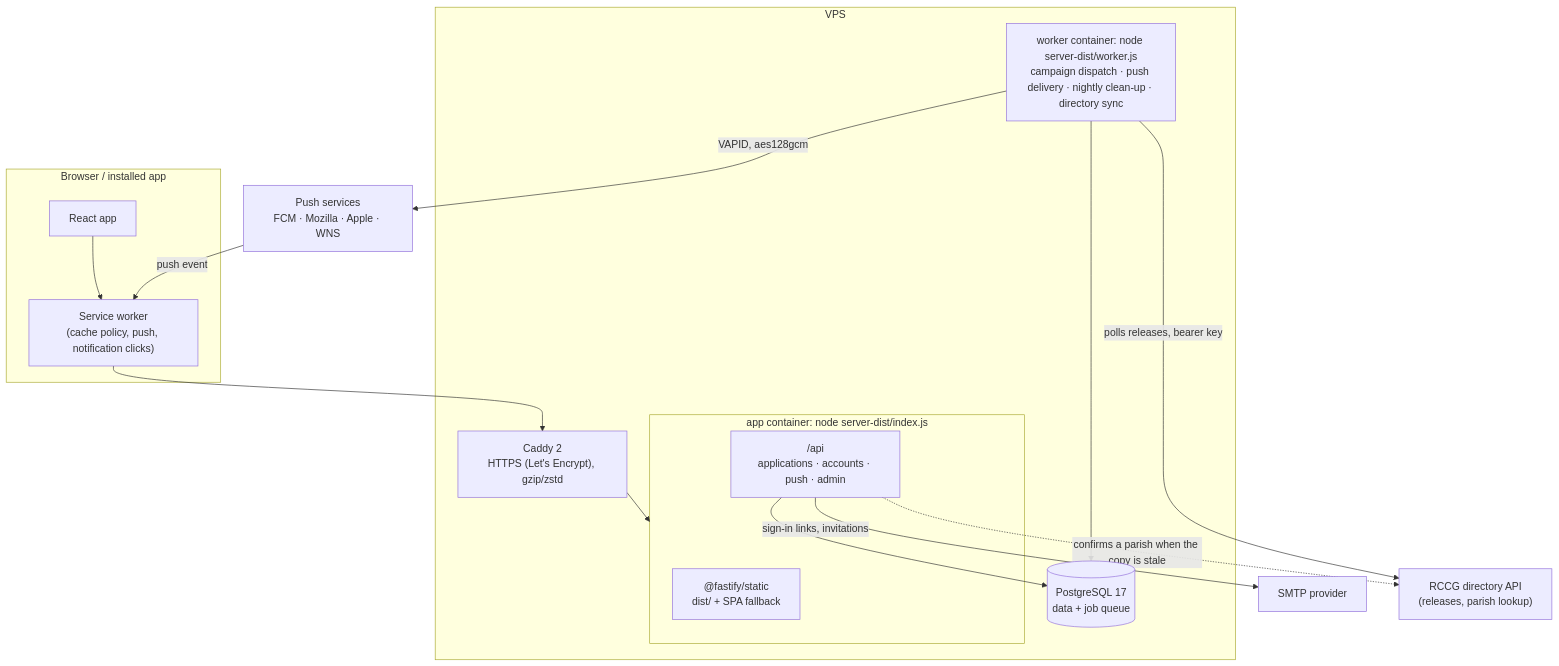
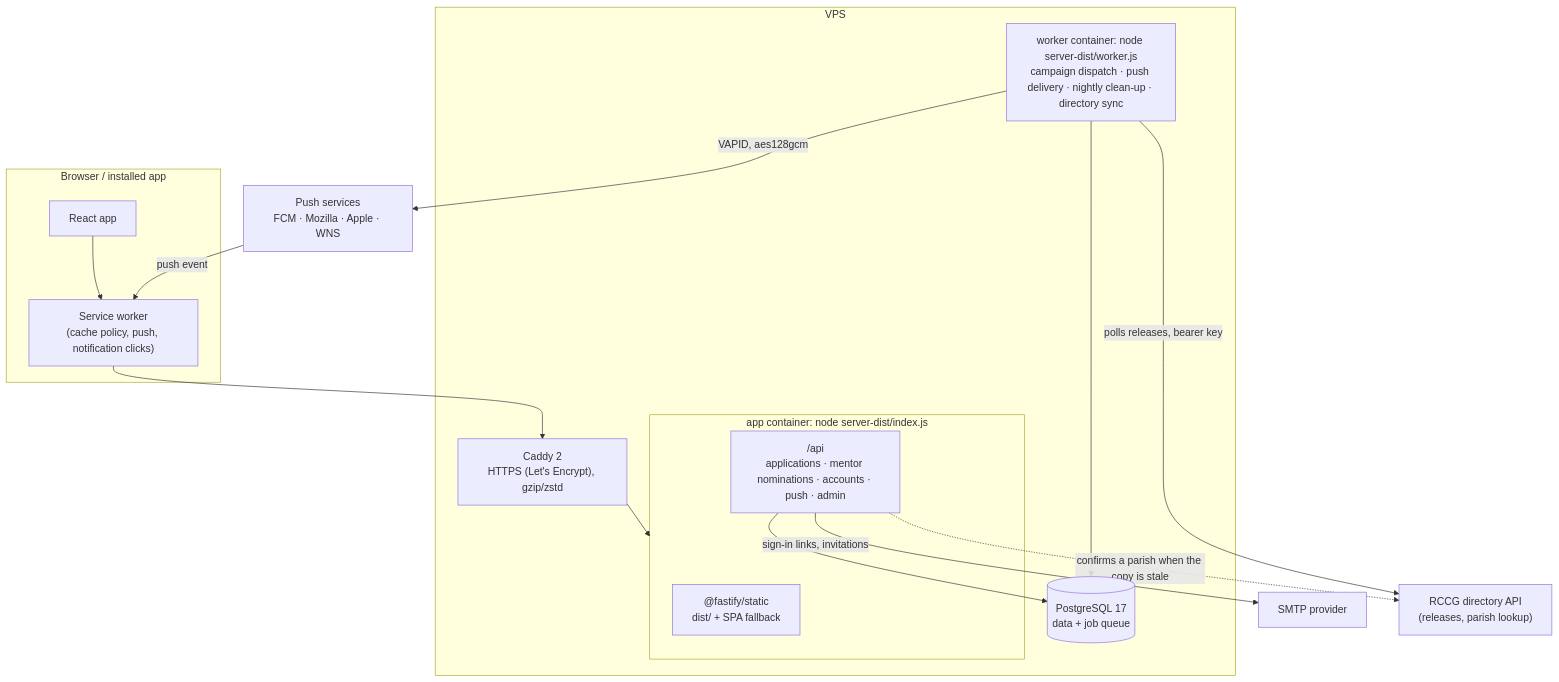
Before and after one commit to E310-Tech-Team/nyaya-sop: the diagram in docs/02-TRD.md, drawn with Mermaid. The commit also changed other lines of this file and 19 other files, not shown here.

````diff
--- a/docs/02-TRD.md
+++ b/docs/02-TRD.md
@@ -45,26 +45,26 @@
 ```mermaid
 flowchart TB
     subgraph Device["Browser / installed app"]
         Page["React app"]
         SW["Service worker<br/>(cache policy, push, notification clicks)"]
     end
     subgraph VPS
         Caddy["Caddy 2<br/>HTTPS (Let's Encrypt), gzip/zstd"]
         subgraph App["app container: node server-dist/index.js"]
             Static["@fastify/static<br/>dist/ + SPA fallback"]
-            API["/api<br/>applications · accounts · push · admin"]
+            API["/api<br/>applications · mentor nominations · accounts · push · admin"]
         end
         Worker["worker container: node server-dist/worker.js<br/>campaign dispatch · push delivery · nightly clean-up · directory sync"]
         PG[("PostgreSQL 17<br/>data + job queue")]
     end
     Push["Push services<br/>FCM · Mozilla · Apple · WNS"]
     SMTP["SMTP provider"]
     Directory["RCCG directory API<br/>(releases, parish lookup)"]
     Page --> SW --> Caddy --> App
     API --> PG
     Worker --> PG
     Worker -->|VAPID, aes128gcm| Push -->|push event| SW
     API -->|sign-in links, invitations| SMTP
     Worker -->|polls releases, bearer key| Directory
     API -.->|"confirms a parish when the copy is stale"| Directory
 ```
````
